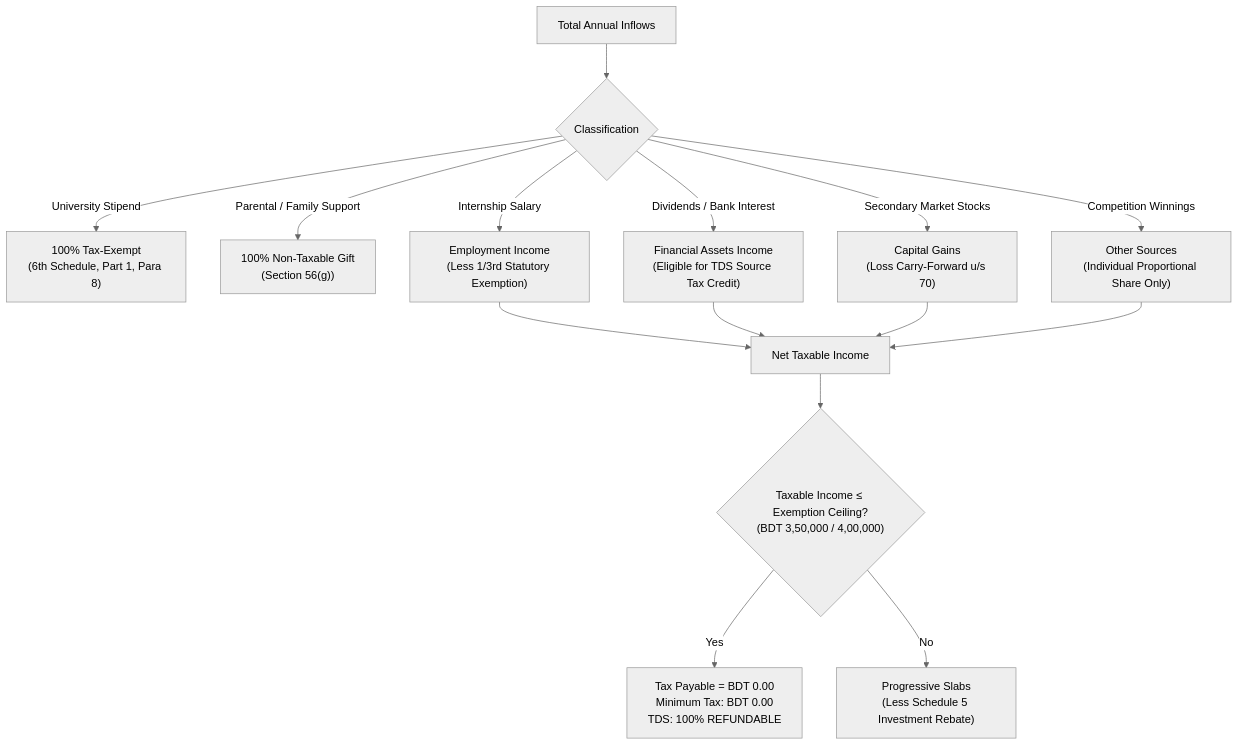
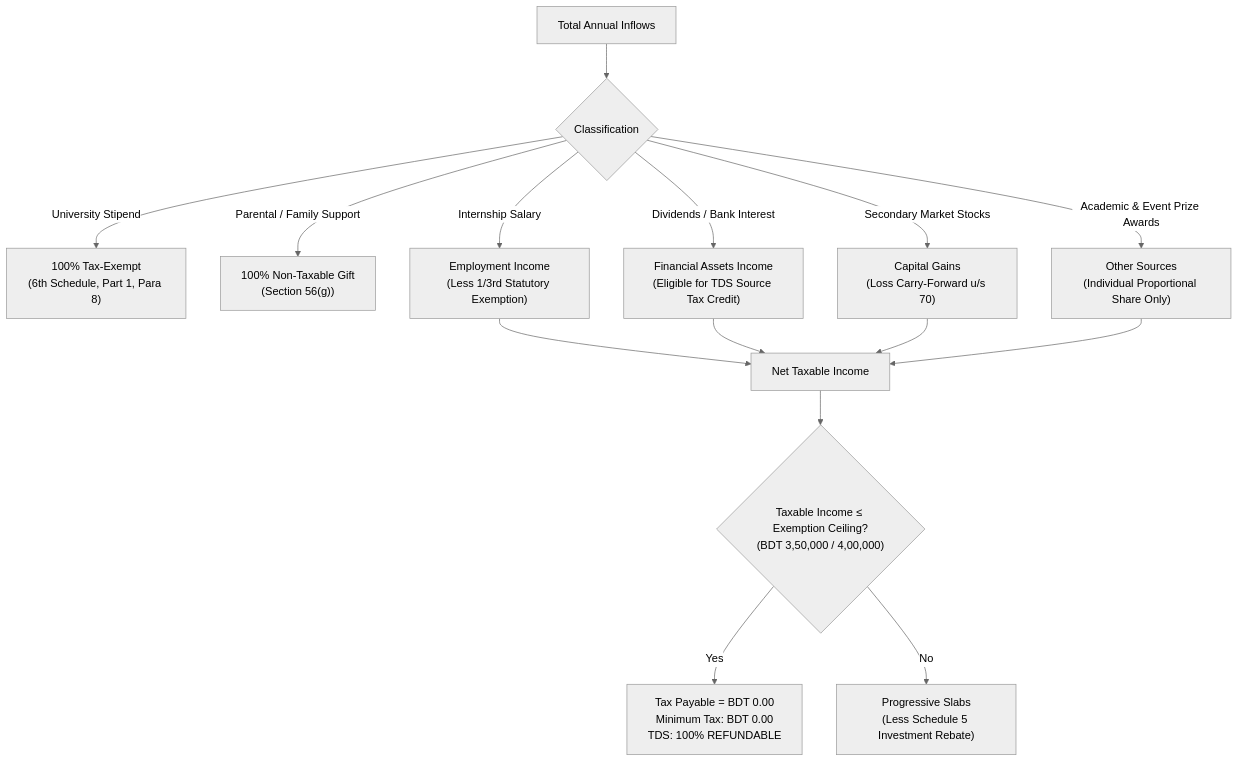
The diagram in README.md (zaifears/youth-tax-calculator), drawn with Mermaid (neutral theme) before and after one commit. The commit also changed other lines of this file and 2 other files, not shown here.

Commit message:
docs: eliminate all remaining event/broker/entity names

````diff
--- a/README.md
+++ b/README.md
@@ -36,15 +36,15 @@
 ```mermaid
 flowchart TD
     Inflows["Total Annual Inflows"] --> Breakdown{"Classification"}
     Breakdown -->|University Stipend| Exempt["100% Tax-Exempt<br>(6th Schedule, Part 1, Para 8)"]
     Breakdown -->|Parental / Family Support| NonTax["100% Non-Taxable Gift<br>(Section 56(g))"]
     Breakdown -->|Internship Salary| Emp["Employment Income<br>(Less 1/3rd Statutory Exemption)"]
     Breakdown -->|Dividends / Bank Interest| Fin["Financial Assets Income<br>(Eligible for TDS Source Tax Credit)"]
     Breakdown -->|Secondary Market Stocks| Cap["Capital Gains<br>(Loss Carry-Forward u/s 70)"]
-    Breakdown -->|Competition Winnings| Other["Other Sources<br>(Individual Proportional Share Only)"]
+    Breakdown -->|Academic & Event Prize Awards| Other["Other Sources<br>(Individual Proportional Share Only)"]
 
     Emp & Fin & Cap & Other --> TaxBase["Net Taxable Income"]
     TaxBase --> Threshold{"Taxable Income ≤ Exemption Ceiling?<br>(BDT 3,50,000 / 4,00,000)"}
     Threshold -->|Yes| ZeroTax["Tax Payable = BDT 0.00<br>Minimum Tax: BDT 0.00<br>TDS: 100% REFUNDABLE"]
     Threshold -->|No| Slabs["Progressive Slabs<br>(Less Schedule 5 Investment Rebate)"]
 ```
````
